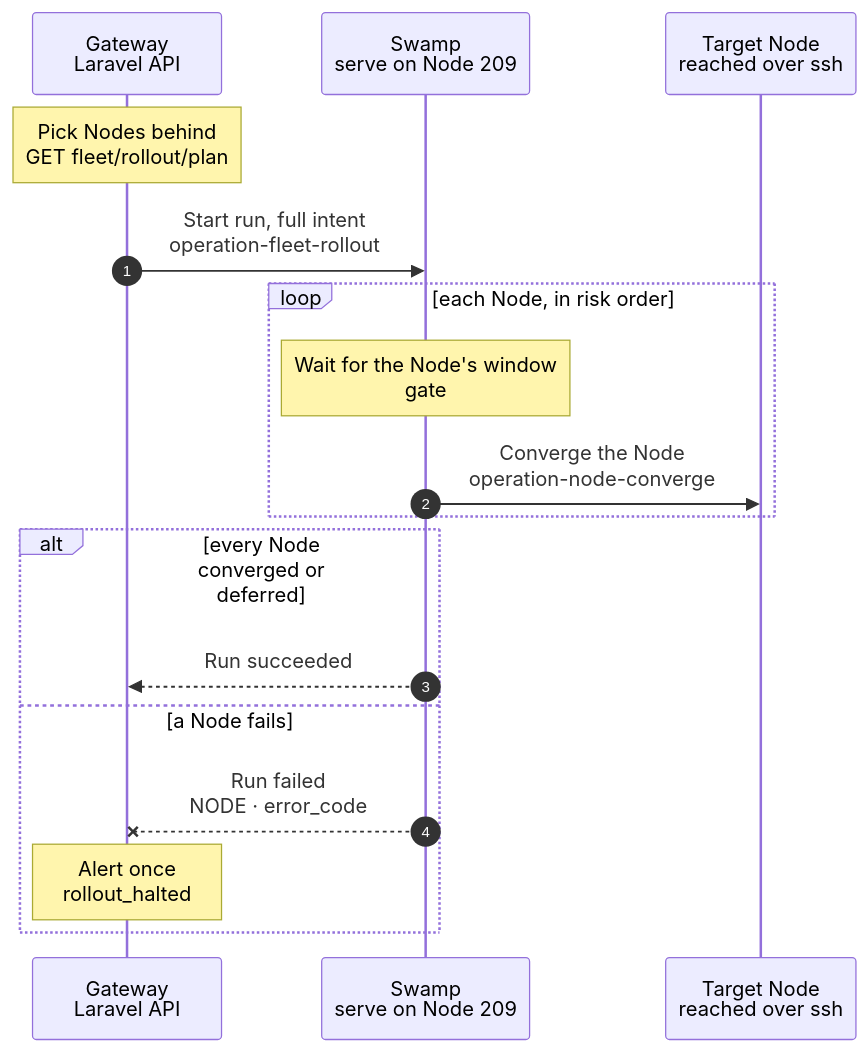
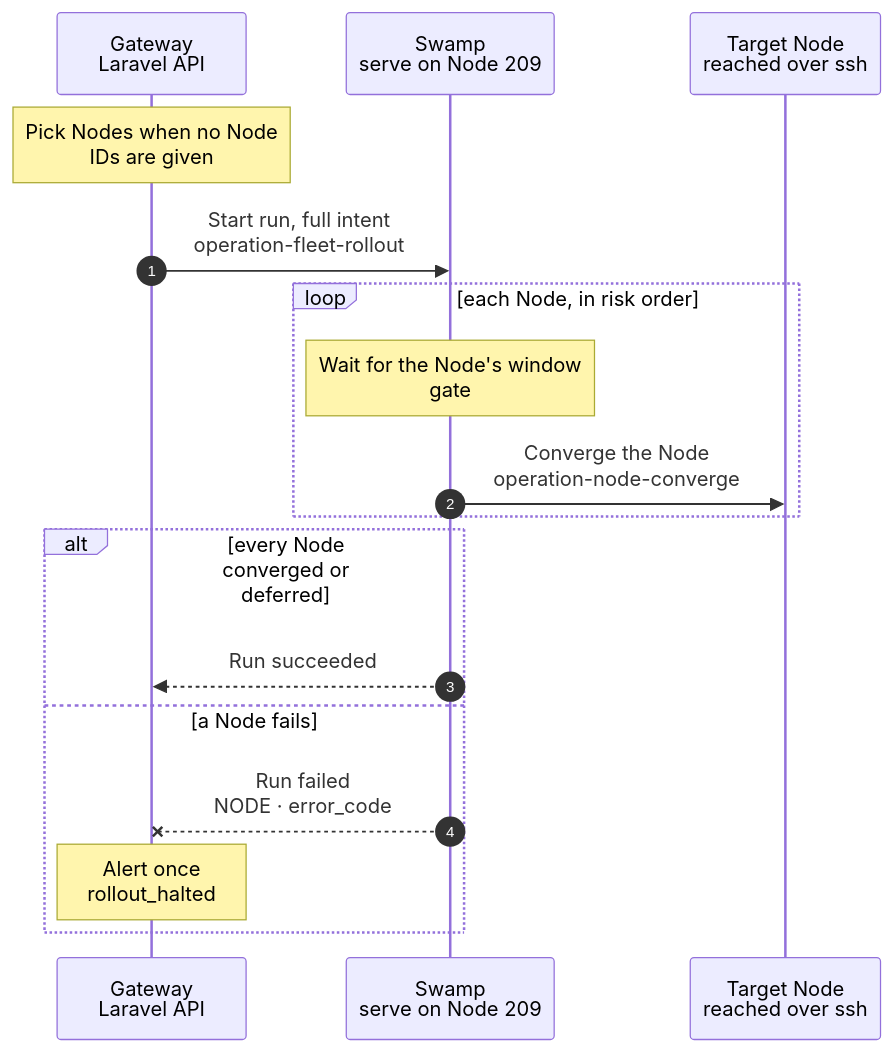
The diagram in docs/cli/fleet/rollout.mmd (hardimpactdev/orbit), drawn with Mermaid before and after one commit. The commit also changed 33 other files, not shown here.

First line of the commit message:
Delete the old fleet-maintenance, proof-reaper and groups-driver schedules

```diff
--- a/docs/cli/fleet/rollout.mmd
+++ b/docs/cli/fleet/rollout.mmd
@@ -1,49 +1,49 @@
 sequenceDiagram
   %% Target design: fleet maintenance redesign 2026-11-03 (each Node visit runs node:converge); R3c: no rollout records, Swamp run history is the record. docs/reference/gateway-recovery.md#fleet-rollout.
   %% status: draft
-  %% command: none · each fleet maintenance pass
+  %% command: orbit fleet:rollout
   %% kind: fleet.rollout
   autonumber
   %% lane GW icon=gateway pill=intent tone=blue
   %% lane SW icon=workflow pill=executes tone=green
   %% lane N icon=server pill=target tone=amber
   participant GW as Gateway<br/>Laravel API
   participant SW as Swamp<br/>serve on Node 209
   participant N as Target Node<br/>reached over ssh
-  Note over GW: Pick Nodes behind<br/>GET fleet/rollout/plan
+  Note over GW: Pick Nodes when no Node<br/>IDs are given
   %%> When:
-  %%> - each minute, from Swamp's fleet maintenance pass, while `ORBIT_FLEET_ROLLOUT=true`
+  %%> - when an operator runs `orbit fleet:rollout`, while `ORBIT_FLEET_ROLLOUT=true`; no schedule starts it
   %%> - only for a commit whose Gateway release is verified
   %%> Picks:
   %%> - a Node whose last visit for this commit did not converge it, a drifted Node, or a Node not visited yet
   %%> - at most once per 5 minutes per Node; the last visit is read from earlier rollout results
   %%> - no Node after a failed Node that still waits its 5 minutes
   %%> - in risk order: `app-dev`, then `ci-runner` `metrics` `analytics`, then `database` `websocket` `vpn` `router`, then `app-prod` `ingress`
   GW->>SW: Start run, full intent<br/>operation-fleet-rollout
   %%> Input:
   %%> - the commit, the CLI release, the agent pin and each picked Node
   %%> Requirements:
   %%> - no other rollout is running
   loop each Node, in risk order
     Note over SW: Wait for the Node's window<br/>gate
     %%> Why:
     %%> - `app-dev`-only Nodes go at any hour; others only 03:00–06:00 Europe/Amsterdam
     %%> - a closed window defers the Node to a later pass; it is not a failure
     SW->>N: Converge the Node<br/>operation-node-converge
     %%> Why the same workflow:
     %%> - one way to bring a Node to the release
     %%> - a failed Tool does not fail the Node; Doctor shows it
   end
   alt every Node converged or deferred
     SW-->>GW: Run succeeded
     %%> Result:
     %%> - the Operation result lists each Node's outcome; the next pass reads it
   else a Node fails
     SW--xGW: Run failed<br/>NODE · error_code
     %%> Why stop:
     %%> - later Nodes are not visited, so one bad release breaks at most one Node
     Note over GW: Alert once<br/>rollout_halted
     %%> Retry:
     %%> - fix the cause; the next pass, 5 minutes later, starts again at this Node
     %%> - retries raise no new alert for the same Node, commit and error
   end
```
